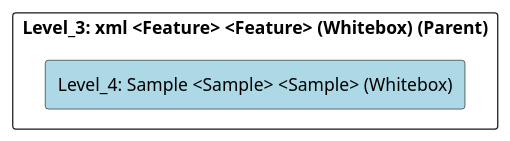
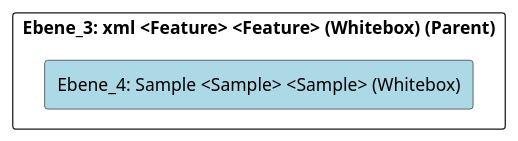
Before and after one commit to marcozwyssig/cleon: the diagram in doc/cleonproject_deliverables_architecture_model_architecture/adoc/de/05_bausteinsicht/cleon/common/xml/sample/ebene_4_sample.adoc, drawn with PlantUML. The commit also changed other lines of this file and 214 other files, not shown here.

```diff
--- a/doc/cleonproject_deliverables_architecture_model_architecture/adoc/de/05_bausteinsicht/cleon/common/xml/sample/ebene_4_sample.adoc
+++ b/doc/cleonproject_deliverables_architecture_model_architecture/adoc/de/05_bausteinsicht/cleon/common/xml/sample/ebene_4_sample.adoc
@@ -20,24 +20,24 @@
-[plantuml, Level_4: Sample <Sample> <Sample> (Whitebox)BlockOverview, format="svg"]
+[plantuml, Ebene_4: Sample <Sample> <Sample> (Whitebox)BlockOverview, format="svg"]
 ----
-@startuml Level_4: Sample <Sample> <Sample> (Whitebox)BuildingBlockOverview
+@startuml Ebene_4: Sample <Sample> <Sample> (Whitebox)BuildingBlockOverview
 
 skinparam ranksep 10
 skinparam componentStyle rectangle
 skinparam shadowing false
 skinparam arrowColor lightblue
 skinparam arrowThickness 1.2
 skinparam rectangle {
   BackgroundColor White
   BorderColor #333
   RoundCorner 10
 }
 top to bottom direction
 
-component "Level_3: xml <Feature> <Feature> (Whitebox) (Parent)" {
-    component "Level_4: Sample <Sample> <Sample> (Whitebox)" #lightblue {
+component "Ebene_3: xml <Feature> <Feature> (Whitebox) (Parent)" {
+    component "Ebene_4: Sample <Sample> <Sample> (Whitebox)" #lightblue {
     }
 
 }
 
 @enduml
 ----
```
